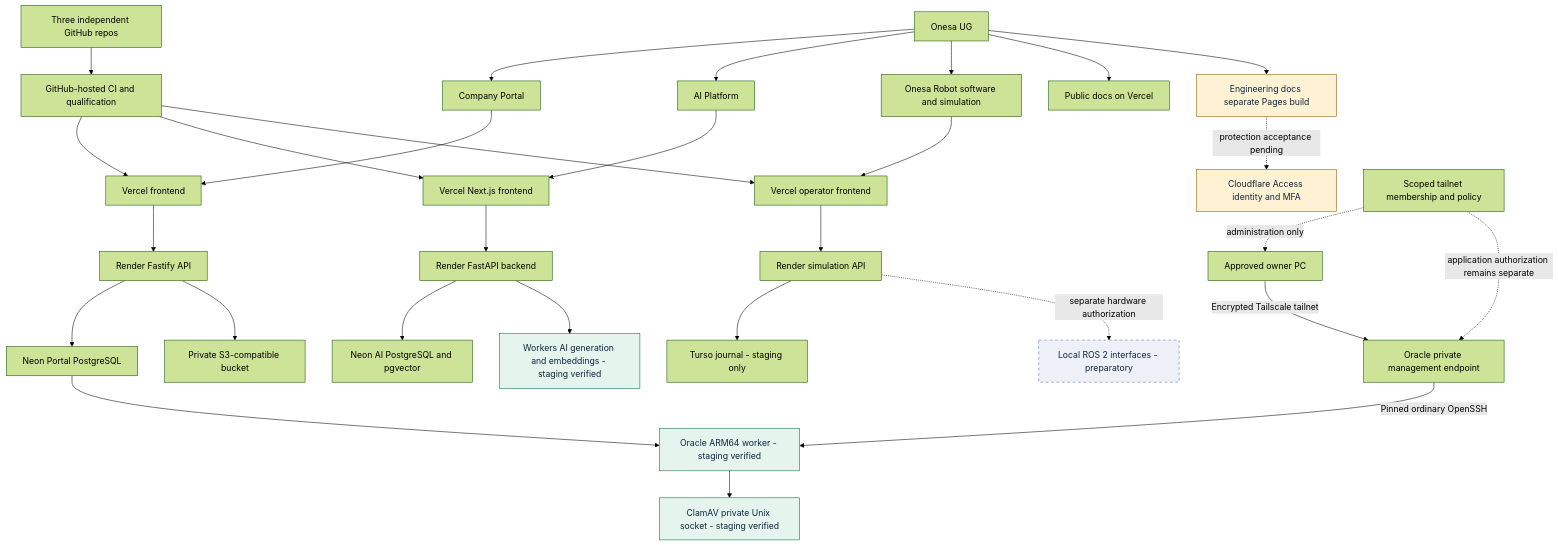
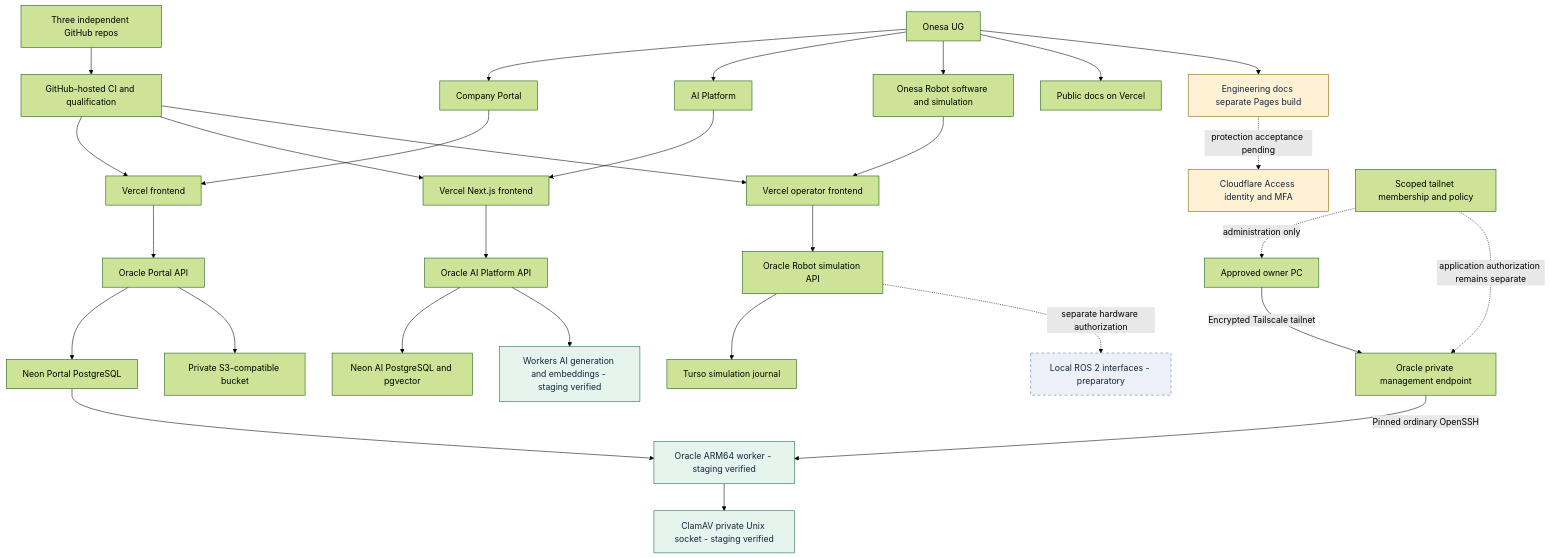
One commit to DruHustle/onesa-ai-platform changed the diagram in docs/diagrams/ecosystem-current.mmd. Above: the diagram before and after it, drawn with Mermaid (forest theme). The commit also changed 10 other files, not shown here.

```diff
--- a/docs/diagrams/ecosystem-current.mmd
+++ b/docs/diagrams/ecosystem-current.mmd
@@ -1,36 +1,36 @@
 flowchart TB
 Company[Onesa UG] --> Portal[Company Portal]
 Company --> AI[AI Platform]
 Company --> Robot[Onesa Robot software and simulation]
 Company --> Public[Public docs on Vercel]
 Company --> Internal[Engineering docs separate Pages build]
 Portal --> PF[Vercel frontend]
-PF --> PA[Render Fastify API]
+PF --> PA[Oracle Portal API]
 PA --> PDB[Neon Portal PostgreSQL]
 PA --> PS[Private S3-compatible bucket]
 PDB --> Oracle[Oracle ARM64 worker - staging verified]
 Oracle --> Scan[ClamAV private Unix socket - staging verified]
 AI --> AF[Vercel Next.js frontend]
-AF --> AA[Render FastAPI backend]
+AF --> AA[Oracle AI Platform API]
 AA --> ADB[Neon AI PostgreSQL and pgvector]
 AA --> CF[Workers AI generation and embeddings - staging verified]
 Robot --> RF[Vercel operator frontend]
-RF --> RA[Render simulation API]
-RA --> Turso[Turso journal - staging only]
+RF --> RA[Oracle Robot simulation API]
+RA --> Turso[Turso simulation journal]
 RA -. separate hardware authorization .-> Edge[Local ROS 2 interfaces - preparatory]
 GitHub[Three independent GitHub repos] --> Actions[GitHub-hosted CI and qualification]
 Actions --> PF
 Actions --> AF
 Actions --> RF
 Internal -. protection acceptance pending .-> Access[Cloudflare Access identity and MFA]
 classDef verified fill:#e6f4ee,stroke:#14654a,color:#10263e
 classDef pending fill:#fff2d4,stroke:#8a5c00,color:#10263e
 classDef planned fill:#edf1f7,stroke:#52789b,color:#10263e,stroke-dasharray:5 5
 class Oracle,Scan,CF verified
 class Internal,Access pending
 class Edge planned
 
 OwnerPC[Approved owner PC] -->|Encrypted Tailscale tailnet| PrivateVM[Oracle private management endpoint]
 PrivateVM -->|Pinned ordinary OpenSSH| Oracle
 Tailnet[Scoped tailnet membership and policy] -. administration only .-> OwnerPC
 Tailnet -. application authorization remains separate .-> PrivateVM
```
